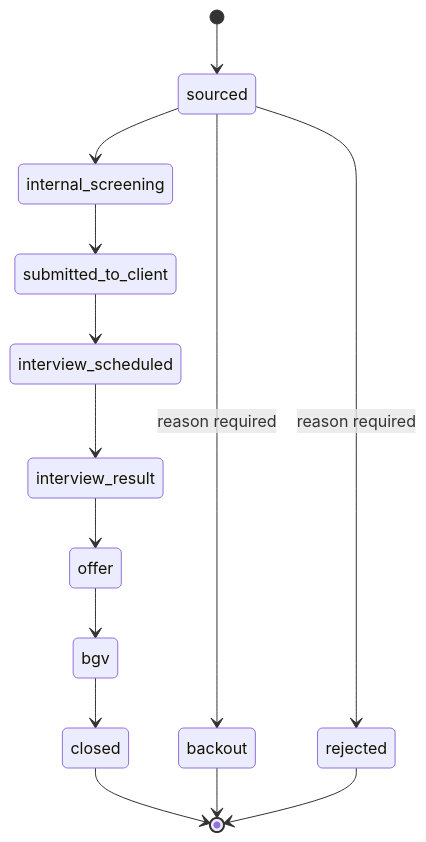
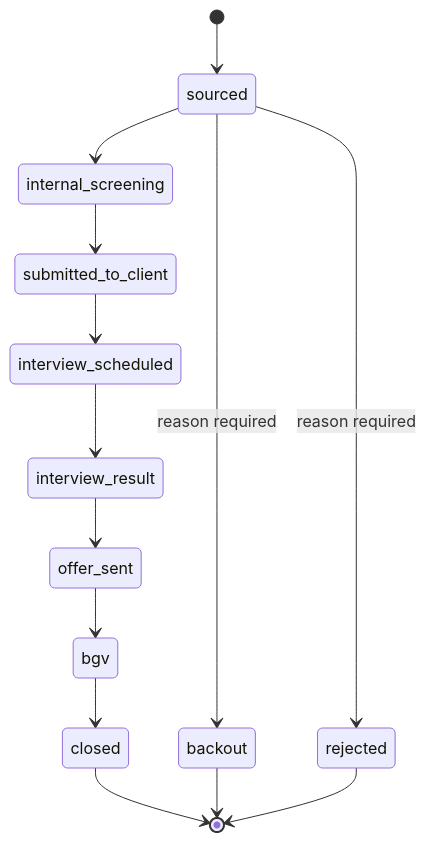
Before and after one commit to radheshDelphic12/delphic-one-new: the eighth of 12 diagrams in docs/architecture/ARCHITECTURE-OVERVIEW.md, drawn with Mermaid. The commit also changed other lines of this file, not shown here.

Commit message:
docs: update README and architecture diagrams for multi-company platform

````diff
--- a/docs/architecture/ARCHITECTURE-OVERVIEW.md
+++ b/docs/architecture/ARCHITECTURE-OVERVIEW.md
@@ -257,16 +277,16 @@
 ```mermaid
 stateDiagram-v2
   [*] --> sourced
   sourced --> internal_screening
   internal_screening --> submitted_to_client
   submitted_to_client --> interview_scheduled
   interview_scheduled --> interview_result
-  interview_result --> offer
-  offer --> bgv
+  interview_result --> offer_sent
+  offer_sent --> bgv
   bgv --> closed
   sourced --> backout: reason required
   sourced --> rejected: reason required
   closed --> [*]
   backout --> [*]
   rejected --> [*]
 ```
````
